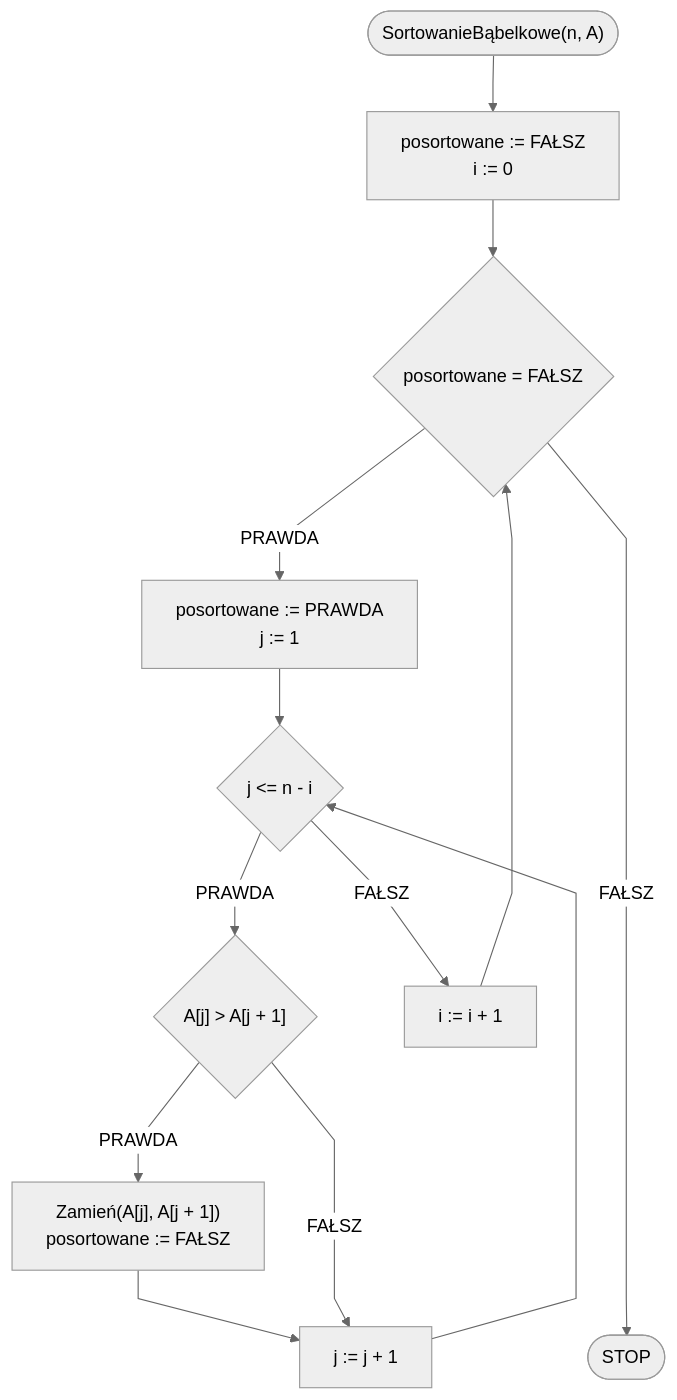
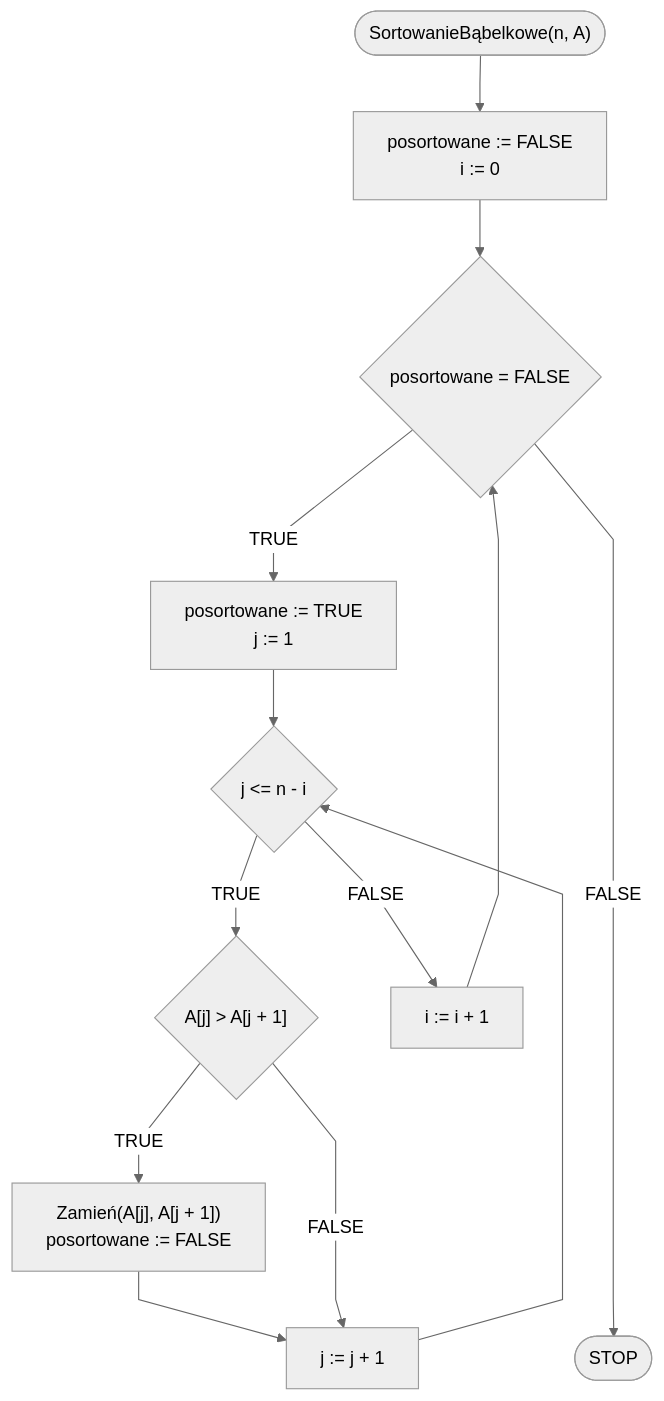
Before and after one commit to blackbat13/edu-cs-htiew-en: the third of 3 diagrams in docs/algorithms/sorting/bubble-sort.md, drawn with Mermaid. The commit also changed other lines of this file and 682 other files, not shown here.

````diff
--- a/docs/algorithms/sorting/bubble-sort.md
+++ b/docs/algorithms/sorting/bubble-sort.md
@@ -112,19 +112,19 @@
 ```mermaid
 %%{init: {"flowchart": {"curve": "linear"}, "theme": "neutral"} }%%
 flowchart TD
-    START(["SortowanieBąbelkowe(n, A)"]) --> K1[posortowane := FAŁSZ
+    START(["SortowanieBąbelkowe(n, A)"]) --> K1[posortowane := FALSE
     i := 0]
-    K1 --> K3{posortowane = FAŁSZ}
-    K3 -- PRAWDA --> K4[posortowane := PRAWDA
+    K1 --> K3{posortowane = FALSE}
+    K3 -- TRUE --> K4[posortowane := TRUE
     j := 1]
     K4 --> K5{j <= n - i}
-    K5 -- PRAWDA --> K6{"A[j] > A[j + 1]"}
-    K6 -- PRAWDA --> K7["Zamień(A[j], A[j + 1])
-    posortowane := FAŁSZ"]
+    K5 -- TRUE --> K6{"A[j] > A[j + 1]"}
+    K6 -- TRUE --> K7["Zamień(A[j], A[j + 1])
+    posortowane := FALSE"]
     K7 --> K5i[j := j + 1]
-    K6 -- FAŁSZ --> K5i
+    K6 -- FALSE --> K5i
     K5i --> K5
-    K5 -- FAŁSZ --> K9[i := i + 1]
+    K5 -- FALSE --> K9[i := i + 1]
     K9 --> K3
-    K3 -- FAŁSZ ------> STOP([STOP])
+    K3 -- FALSE ------> STOP([STOP])
 ```
````
